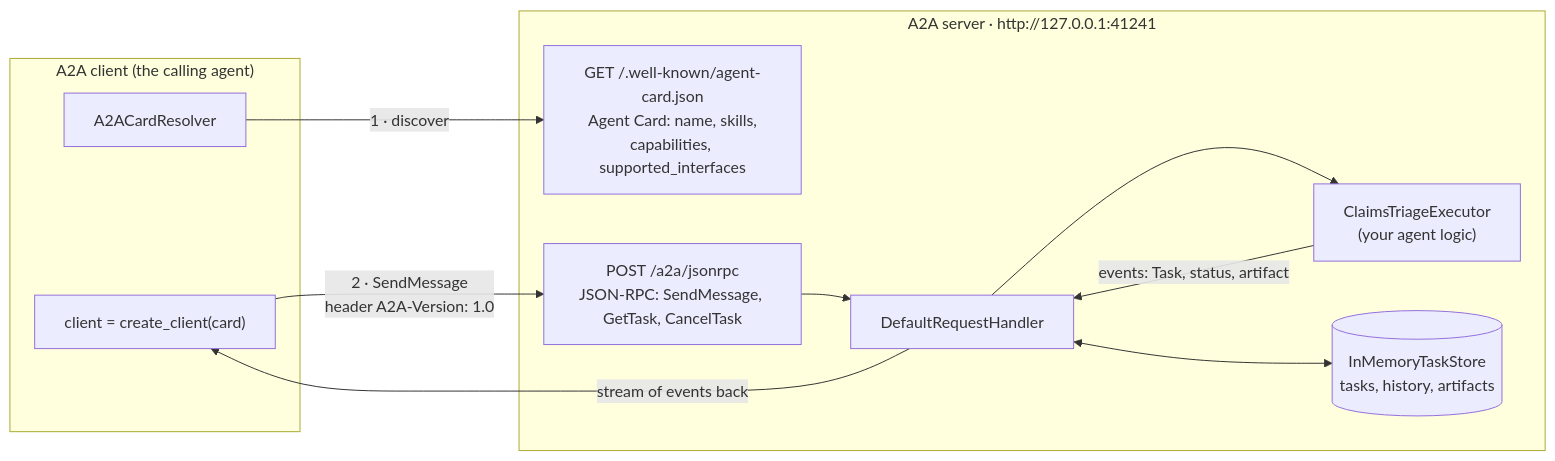
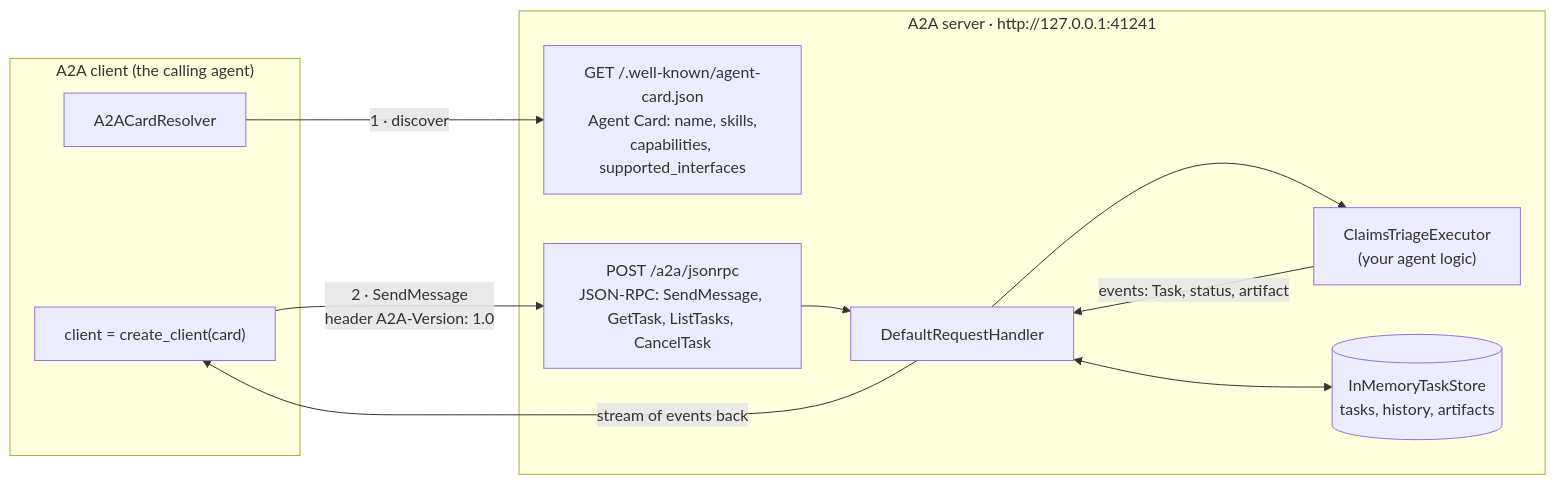
One commit to strudel0209/FoundryUpdatesSept2026 changed the second of 6 diagrams in README.md. Above: the diagram before and after it, drawn with Mermaid. The commit also changed other lines of this file and 2 other files, not shown here.

````diff
--- a/README.md
+++ b/README.md
@@ -209,22 +209,22 @@
 ```mermaid
 flowchart LR
   subgraph Client["A2A client (the calling agent)"]
     R["A2ACardResolver"]
     C["client = create_client(card)"]
   end
 
   subgraph Server["A2A server · http://127.0.0.1:41241"]
     CARD["GET /.well-known/agent-card.json<br/>Agent Card: name, skills,<br/>capabilities, supported_interfaces"]
-    RPC["POST /a2a/jsonrpc<br/>JSON-RPC: SendMessage, GetTask, CancelTask"]
+    RPC["POST /a2a/jsonrpc<br/>JSON-RPC: SendMessage, GetTask, ListTasks, CancelTask"]
     H["DefaultRequestHandler"]
     E["ClaimsTriageExecutor<br/>(your agent logic)"]
     S[("InMemoryTaskStore<br/>tasks, history, artifacts")]
   end
 
   R -- "1 · discover" --> CARD
   C -- "2 · SendMessage<br/>header A2A-Version: 1.0" --> RPC
   RPC --> H --> E
   H <--> S
   E -- "events: Task, status, artifact" --> H
   H -- "stream of events back" --> C
 ```
````
